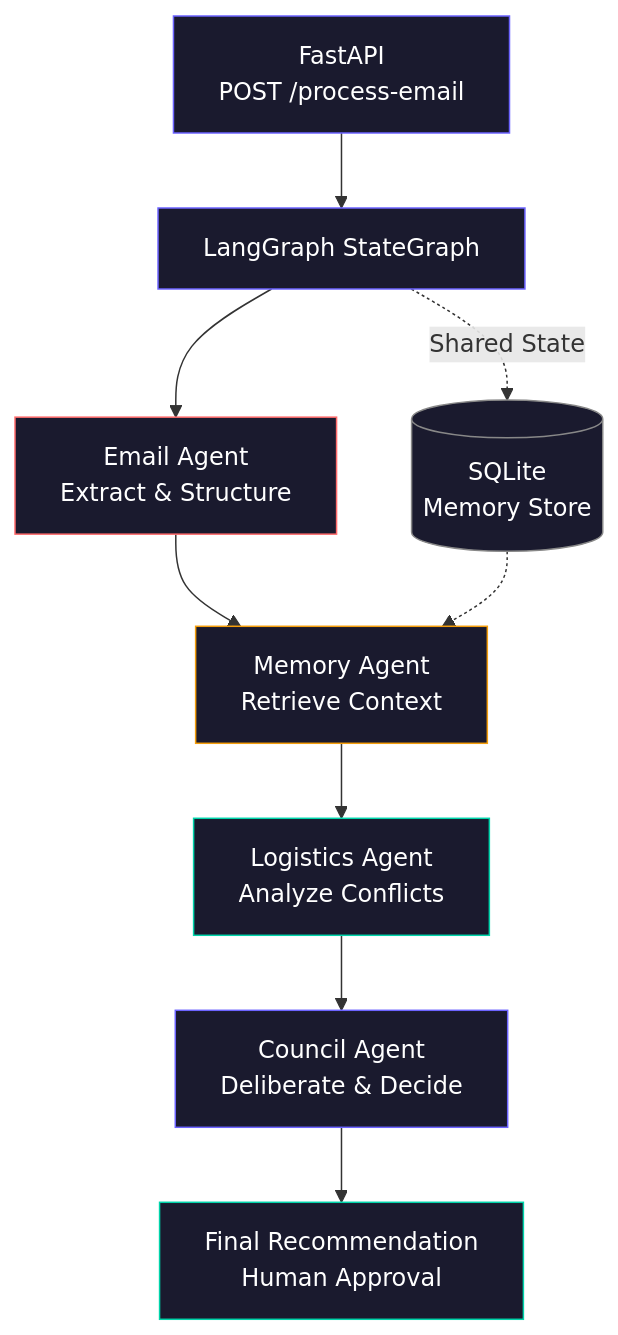
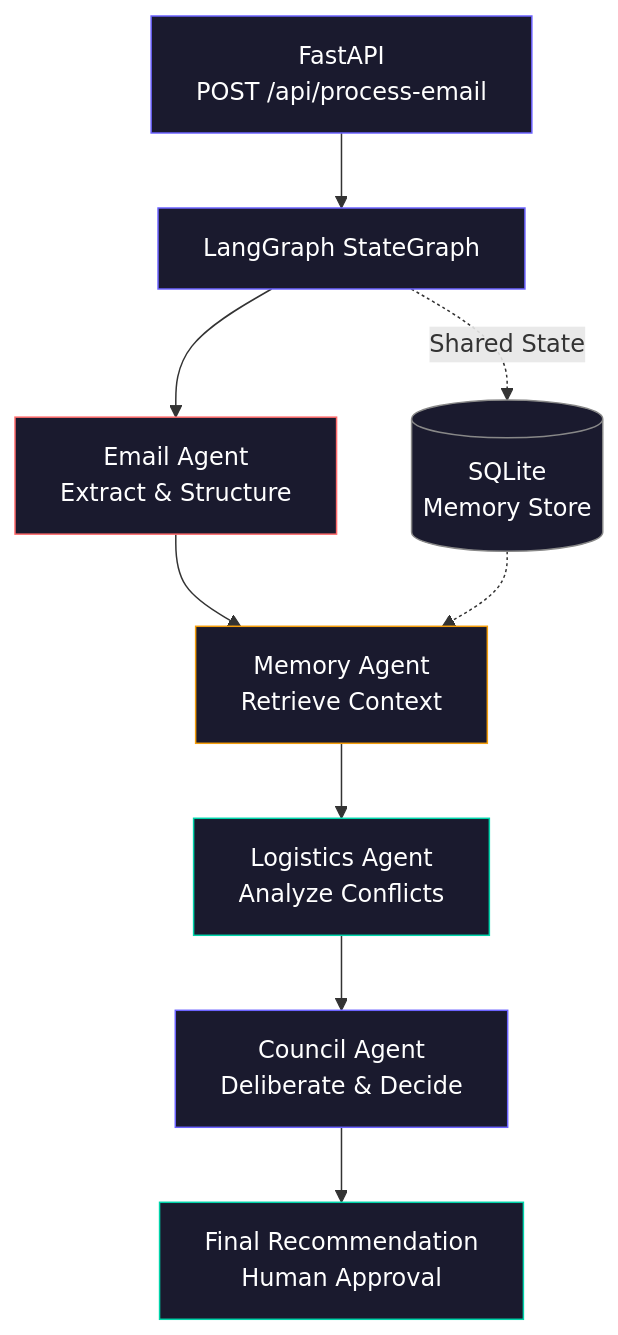
The diagram in README.md (ashrith-07/careflowAI), drawn with Mermaid before and after one commit. The commit also changed other lines of this file and 2 other files, not shown here.

````diff
--- a/README.md
+++ b/README.md
@@ -13,20 +13,20 @@
 ```mermaid
 flowchart TD
-    A[FastAPI\nPOST /process-email] --> B[LangGraph StateGraph]
+    A[FastAPI\nPOST /api/process-email] --> B[LangGraph StateGraph]
     B --> C[Email Agent\nExtract & Structure]
     C --> D[Memory Agent\nRetrieve Context]
     D --> E[Logistics Agent\nAnalyze Conflicts]
     E --> F[Council Agent\nDeliberate & Decide]
     F --> G[Final Recommendation\nHuman Approval]
     B -.->|Shared State| H[(SQLite\nMemory Store)]
     H -.-> D
-    
+
     style A fill:#1a1a2e,stroke:#6C63FF,color:#fff
     style B fill:#1a1a2e,stroke:#6C63FF,color:#fff
     style C fill:#1a1a2e,stroke:#FF6B6B,color:#fff
     style D fill:#1a1a2e,stroke:#F59E0B,color:#fff
     style E fill:#1a1a2e,stroke:#00D4AA,color:#fff
     style F fill:#1a1a2e,stroke:#6C63FF,color:#fff
     style G fill:#1a1a2e,stroke:#00D4AA,color:#fff
     style H fill:#1a1a2e,stroke:#888,color:#fff
 ```
````
